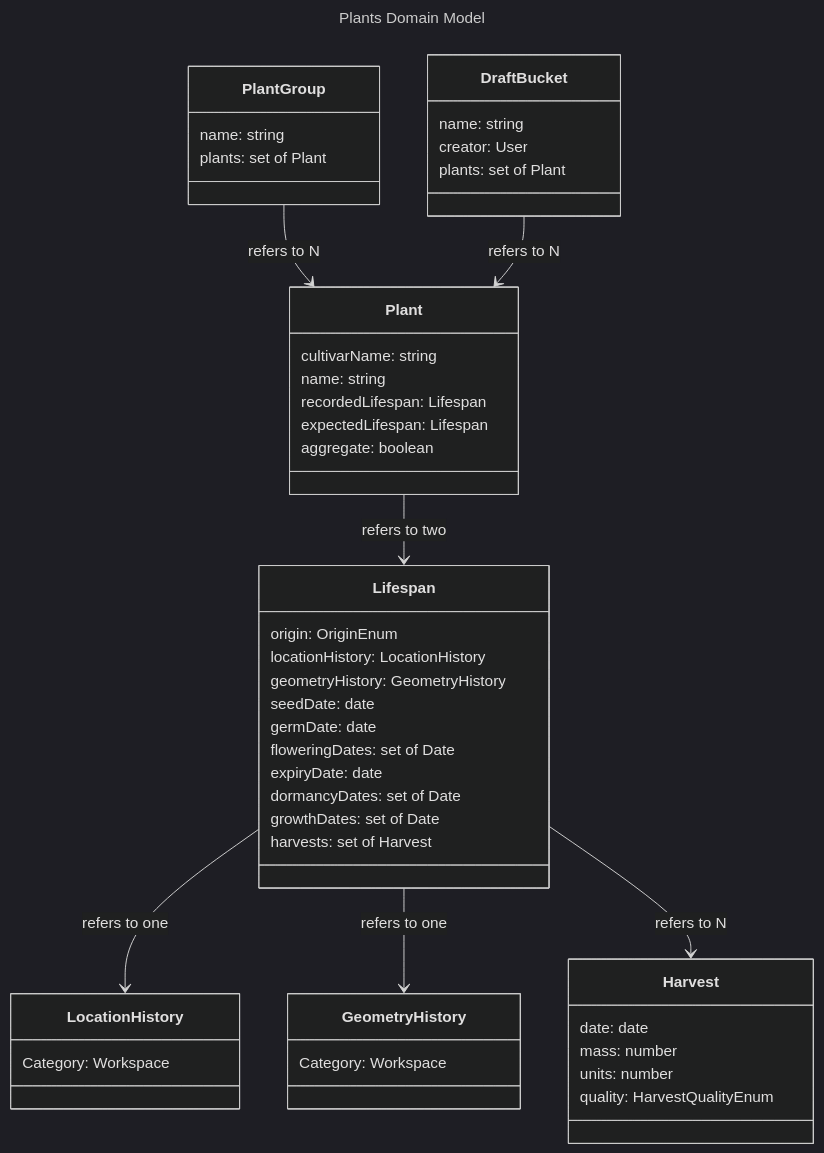
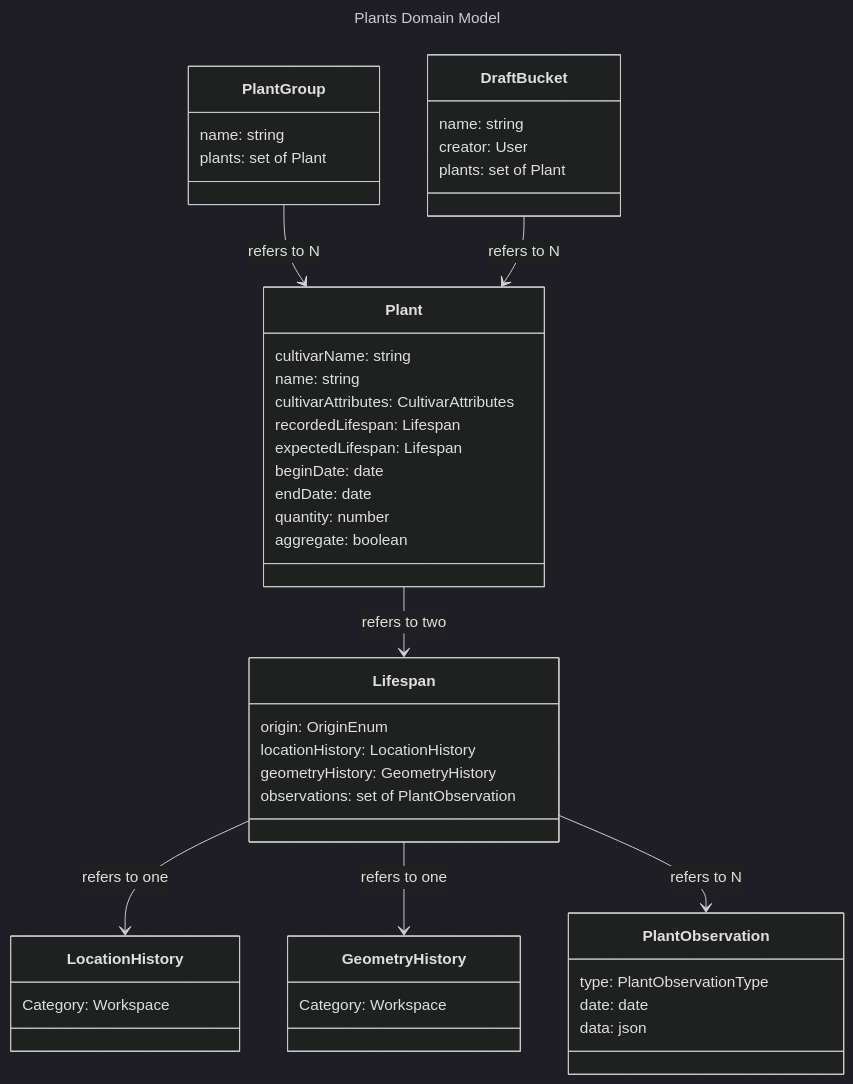
One commit to VerdanTech/Vdt-Webapp changed the diagram in design/plants/models.md. Above: the diagram before and after it, drawn with Mermaid (dark theme). The commit also changed other lines of this file and 6 other files, not shown here.

````diff
--- a/design/plants/models.md
+++ b/design/plants/models.md
@@ -7,54 +7,51 @@
 ```mermaid
 ---
 title: Plants Domain Model
 ---
 classDiagram
 
     Lifespan --> LocationHistory : refers to one
     Lifespan --> GeometryHistory : refers to one
-    Lifespan --> Harvest : refers to N
+    Lifespan --> PlantObservation : refers to N
     Plant --> Lifespan : refers to two
     PlantGroup --> Plant : refers to N
     DraftBucket --> Plant : refers to N
 
     class Lifespan{
         origin: OriginEnum
         locationHistory: LocationHistory
         geometryHistory: GeometryHistory
-        seedDate: date
-        germDate: date
-        floweringDates: set of Date
-        expiryDate: date
-        dormancyDates: set of Date
-        growthDates: set of Date
-        harvests: set of Harvest
+        observations: set of PlantObservation
     }
-    class Harvest {
+    class PlantObservation {
+        type: PlantObservationType
         date: date
-        mass: number
-        units: number
-        quality: HarvestQualityEnum
+        data: json
     }
     class Plant {
         cultivarName: string
         name: string
+        cultivarAttributes: CultivarAttributes
         recordedLifespan: Lifespan
         expectedLifespan: Lifespan
+        beginDate: date
+        endDate: date
+        quantity: number
         aggregate: boolean
     }
     class PlantGroup {
         name: string
         plants: set of Plant
     }
     class DraftBucket {
         name: string
         creator: User
         plants: set of Plant
     }
     class LocationHistory {
         Category: Workspace
     }
     class GeometryHistory {
         Category: Workspace
     }
 ```
````
